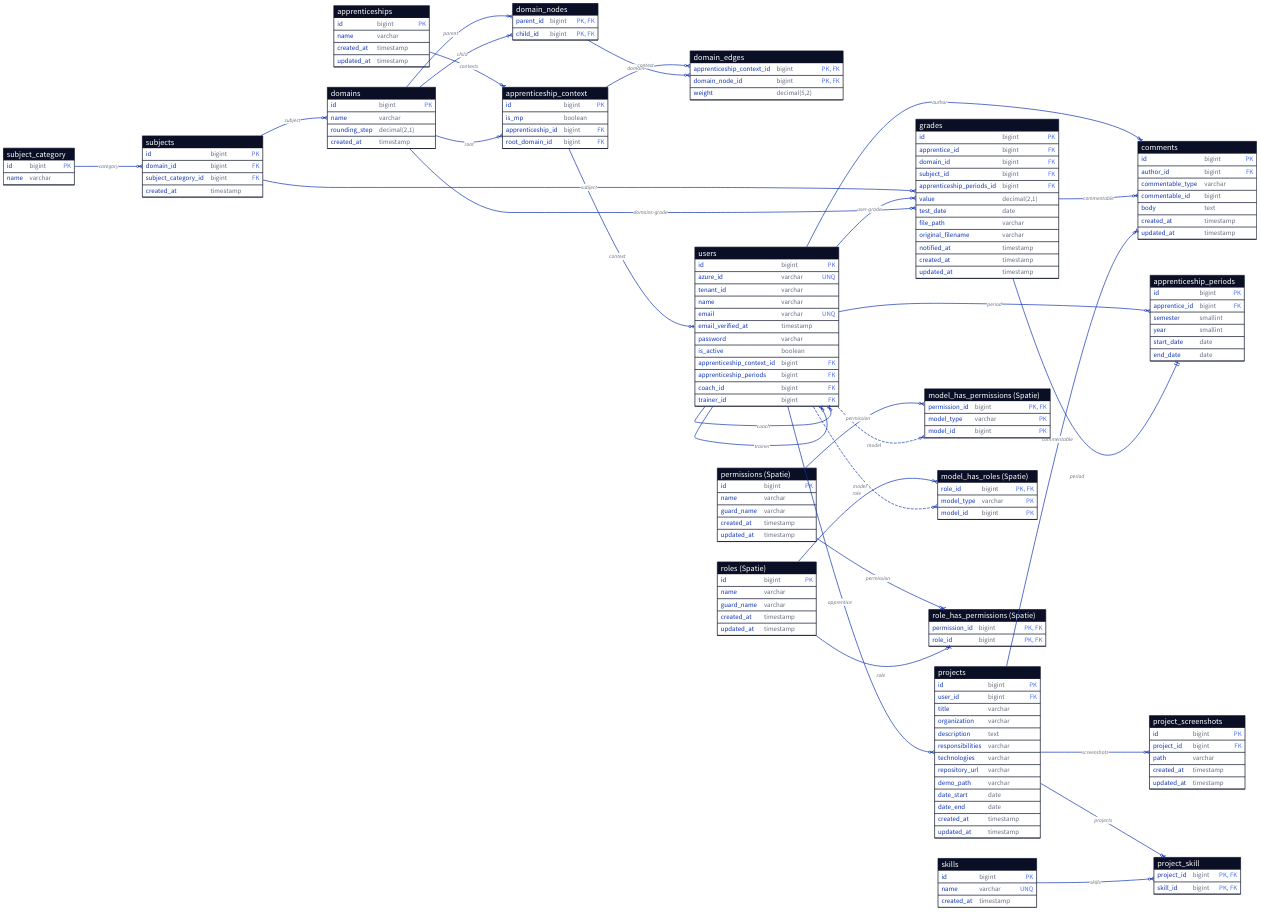
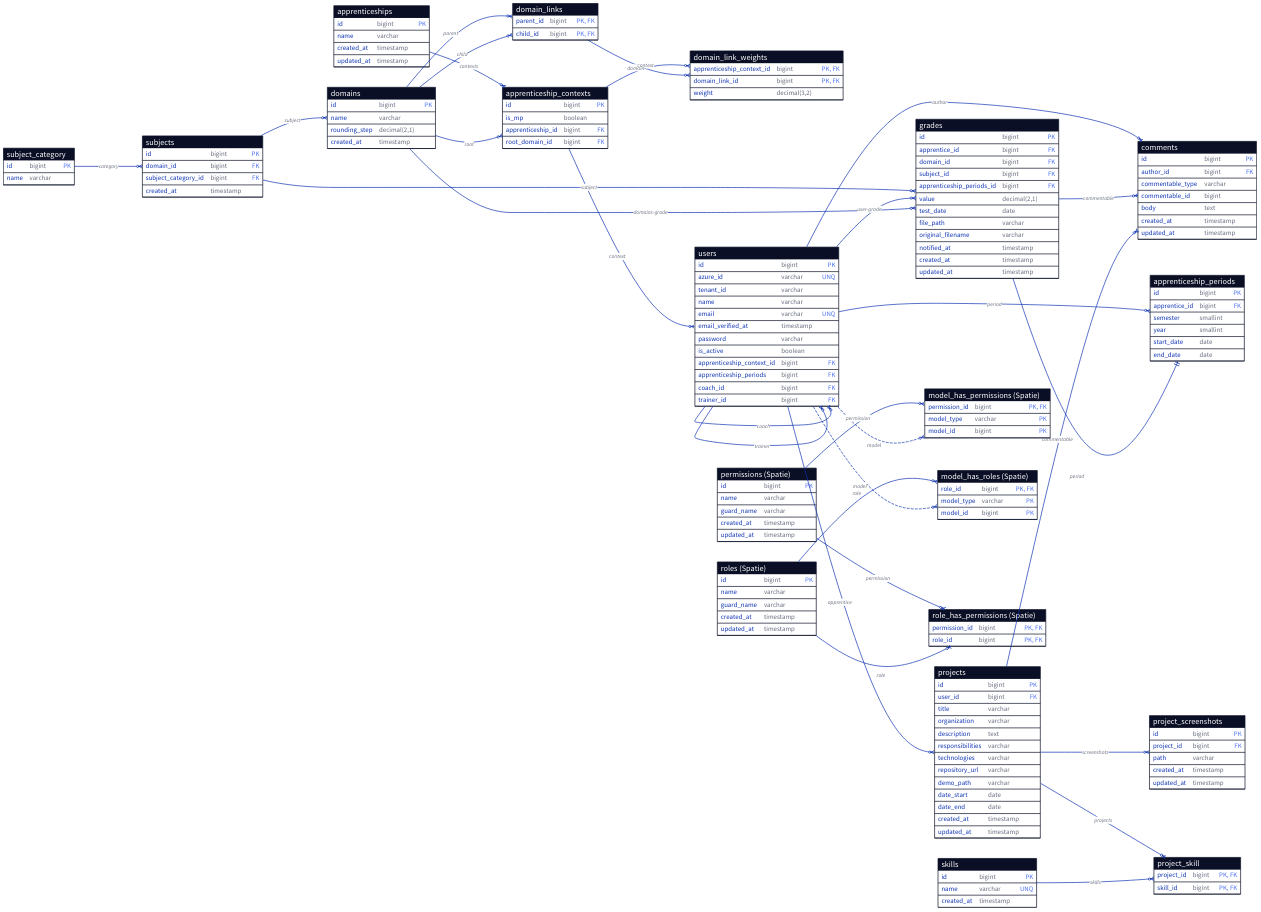
Before and after one commit to jobtrek/apprentice-cursus: the diagram in docs/db/schemas/mcd_current.d2, drawn with D2. The commit also changed 14 other files, not shown here.

```diff
--- a/docs/db/schemas/mcd_current.d2
+++ b/docs/db/schemas/mcd_current.d2
@@ -8,17 +8,17 @@
   created_at: timestamp
 }
 
-domain_nodes: {
+domain_links: {
   shape: sql_table
   parent_id: bigint {constraint: [primary_key; foreign_key]}
   child_id: bigint {constraint: [primary_key; foreign_key]}
 }
 
-domain_edges: {
+domain_link_weights: {
   shape: sql_table
   apprenticeship_context_id: bigint {constraint: [primary_key; foreign_key]}
-  domain_node_id: bigint {constraint: [primary_key; foreign_key]}
-  weight: "decimal(5,2)"
+  domain_link_id: bigint {constraint: [primary_key; foreign_key]}
+  weight: "decimal(3,2)"
 }
 
 subjects: {
@@ -43,7 +43,7 @@
   updated_at: timestamp
 }
 
-apprenticeship_context: {
+apprenticeship_contexts: {
   shape: sql_table
   id: bigint {constraint: primary_key}
   is_mp: boolean
@@ -191,27 +191,27 @@
 }
 
 
-apprenticeships -> apprenticeship_context: contexts {
+apprenticeships -> apprenticeship_contexts: contexts {
   source-arrowhead: {shape: cf-one-required}
   target-arrowhead: {shape: cf-many}
 }
 
-apprenticeship_context -> domain_edges: context {
+apprenticeship_contexts -> domain_link_weights: context {
   source-arrowhead: {shape: cf-one-required}
   target-arrowhead: {shape: cf-many}
 }
 
-domain_nodes -> domain_edges: domain {
+domain_links -> domain_link_weights: domain {
   source-arrowhead: {shape: cf-one-required}
   target-arrowhead: {shape: cf-many}
 }
 
-domains -> domain_nodes: parent {
+domains -> domain_links: parent {
   source-arrowhead: {shape: cf-one-required}
   target-arrowhead: {shape: cf-many}
 }
 
-domains -> domain_nodes: child {
+domains -> domain_links: child {
   source-arrowhead: {shape: cf-one-required}
   target-arrowhead: {shape: cf-many}
 }
@@ -276,7 +276,7 @@
   target-arrowhead: {shape: cf-many}
 }
 
-apprenticeship_context -> users: context {
+apprenticeship_contexts -> users: context {
   source-arrowhead: {shape: cf-one-required}
   target-arrowhead: {shape: cf-many}
 }
@@ -301,7 +301,7 @@
   target-arrowhead: {shape: cf-many}
 }
 
-domains -> apprenticeship_context: root {
+domains -> apprenticeship_contexts: root {
   source-arrowhead: {shape: cf-one-required}
   target-arrowhead: {shape: cf-many}
 }
```
